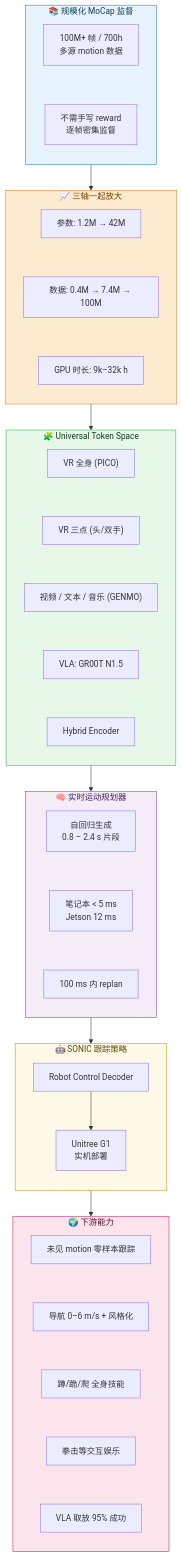
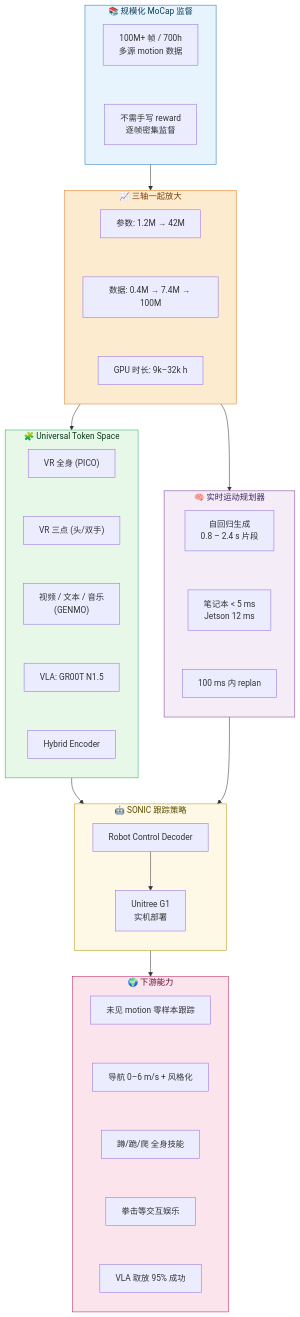
The diagram in papers/03_High_Impact_Selection/SONIC_Supersizing_Motion_Tracking_for_Natural_Humanoid_Control/SONIC_Supersizing_Motion_Tracking_for_Natural_Humanoid_Control.md (ImChong/Humanoid_Robot_Learning_Paper_Notebooks), drawn with Mermaid before and after one commit.

Commit message:
docs(SONIC): 流程图改为「主线竖直 + 中段双列」布局
原先的纯单列线性流（DATA→SCALE→TOKEN→PLAN→POLICY→DEPLOY）虽然在移动端字
最大，但把 TOKEN 和 PLAN 串成了串行关系，丢失了「Universal Token 编码器
+ 运动规划器是两条并行输入」的语义。

按 issue 意见改为：

    DATA → SCALE → { TOKEN | PLAN } → POLICY → DEPLOY

即顶部 DATA / SCALE 单列、中段 TOKEN 和 PLAN 并排成两列（保留原文中两路
并行输入的结构）、底部 POLICY / DEPLOY 再回到单列。同时把 max-width 从
520px 放宽到 640px，保证桌面端 2 列段不被过度压窄。

```diff
--- a/papers/03_High_Impact_Selection/SONIC_Supersizing_Motion_Tracking_for_Natural_Humanoid_Control/SONIC_Supersizing_Motion_Tracking_for_Natural_Humanoid_Control.md
+++ b/papers/03_High_Impact_Selection/SONIC_Supersizing_Motion_Tracking_for_Natural_Humanoid_Control/SONIC_Supersizing_Motion_Tracking_for_Natural_Humanoid_Control.md
@@ -104,65 +104,66 @@
-<div class="mermaid" style="max-width:520px;margin:0 auto;">
+<div class="mermaid" style="max-width:640px;margin:0 auto;">
 flowchart TB
     subgraph DATA["📚 规模化 MoCap 监督"]
         direction TB
         D1["100M+ 帧 / 700h<br/>多源 motion 数据"]
         D2["不需手写 reward<br/>逐帧密集监督"]
         D1 ~~~ D2
     end
 
     subgraph SCALE["📈 三轴一起放大"]
         direction TB
         S1["参数: 1.2M → 42M"]
         S2["数据: 0.4M → 7.4M → 100M"]
         S3["GPU 时长: 9k–32k h"]
         S1 ~~~ S2 ~~~ S3
     end
 
     subgraph TOKEN["🧩 Universal Token Space"]
         direction TB
         T1["VR 全身 (PICO)"]
         T2["VR 三点 (头/双手)"]
-        T3["视频 / 文本 / 音乐 (GENMO)"]
+        T3["视频 / 文本 / 音乐<br/>(GENMO)"]
         T4["VLA: GR00T N1.5"]
         ENC["Hybrid Encoder"]
         T1 ~~~ T2 ~~~ T3 ~~~ T4 ~~~ ENC
     end
 
     subgraph PLAN["🧠 实时运动规划器"]
         direction TB
         P1["自回归生成<br/>0.8 – 2.4 s 片段"]
         P2["笔记本 < 5 ms<br/>Jetson 12 ms"]
         P3["100 ms 内 replan"]
         P1 ~~~ P2 ~~~ P3
     end
 
     subgraph POLICY["🤖 SONIC 跟踪策略"]
         direction TB
         R1["Robot Control Decoder"]
         R2["Unitree G1<br/>实机部署"]
         R1 --> R2
     end
 
     subgraph DEPLOY["🌍 下游能力"]
         direction TB
         E1["未见 motion 零样本跟踪"]
         E2["导航 0–6 m/s + 风格化"]
         E3["蹲/跪/爬 全身技能"]
         E4["拳击等交互娱乐"]
         E5["VLA 取放 95% 成功"]
         E1 ~~~ E2 ~~~ E3 ~~~ E4 ~~~ E5
     end
 
     DATA --> SCALE
     SCALE --> TOKEN
-    TOKEN --> PLAN
+    SCALE --> PLAN
+    TOKEN --> POLICY
     PLAN --> POLICY
     POLICY --> DEPLOY
 
     style DATA fill:#e8f4fd,stroke:#1f78b4,color:#0b3d5c
     style SCALE fill:#fdebd0,stroke:#e67e22,color:#7a3e00
     style TOKEN fill:#e8f8e8,stroke:#27ae60,color:#0b3d1a
     style PLAN fill:#f4ecf7,stroke:#7d3c98,color:#3d1f5c
     style POLICY fill:#fef9e7,stroke:#b7950b,color:#5c4a00
     style DEPLOY fill:#fce4ec,stroke:#c2185b,color:#5c0b2b
 </div>
```
